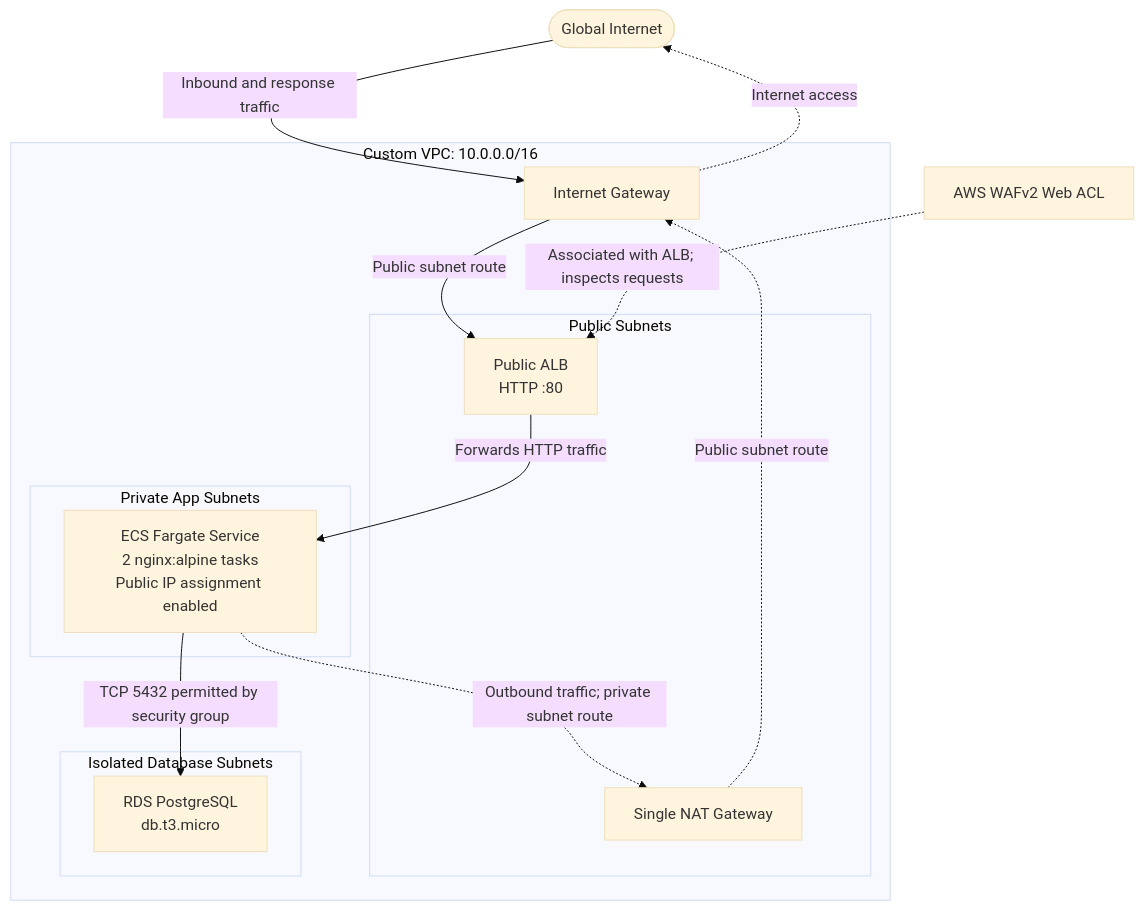
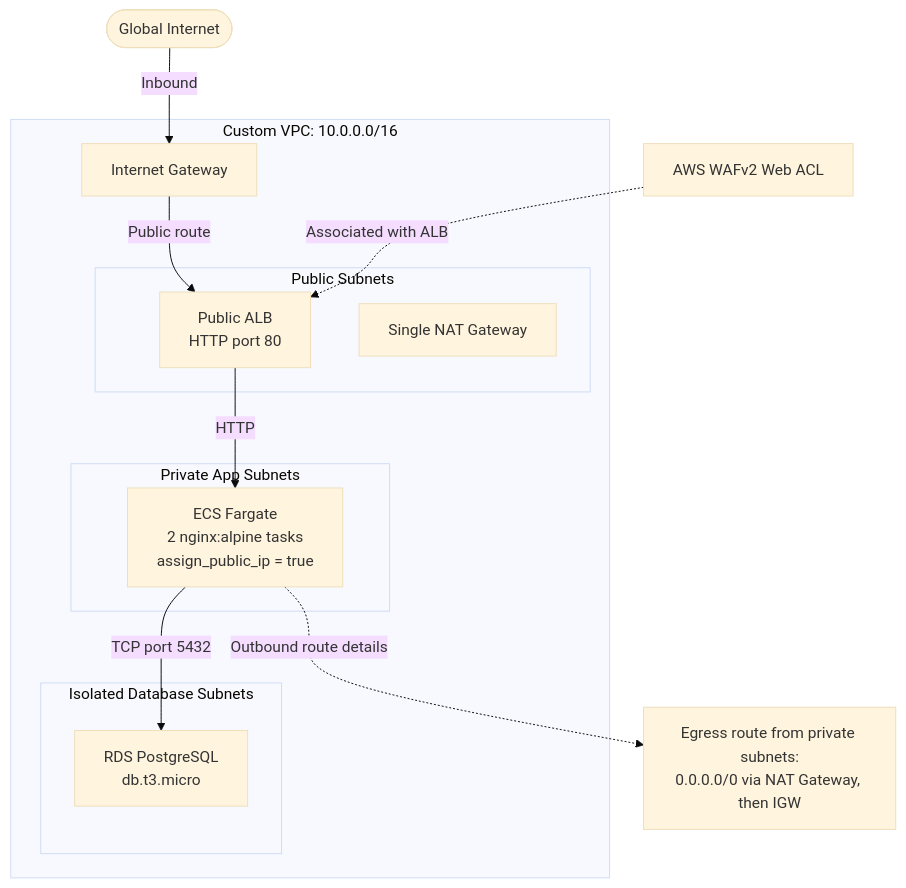
Before and after one commit to charishmanm24/AWS-Project: the diagram in README.md, drawn with Mermaid (base theme). The commit also changed other lines of this file, not shown here.

Commit message:
Revise architecture diagram and ECS task descriptions
Updated architecture diagram and clarified ECS task configuration details.

````diff
--- a/README.md
+++ b/README.md
@@ -21,32 +21,30 @@
 ```mermaid
-flowchart TD
+flowchart TB
     Internet([Global Internet])
-    WAF["AWS WAFv2 Web ACL"]
 
     subgraph VPC["Custom VPC: 10.0.0.0/16"]
         IGW["Internet Gateway"]
 
         subgraph Public["Public Subnets"]
-            ALB["Public ALB<br/>HTTP :80"]
+            ALB["Public ALB<br/>HTTP port 80"]
             NAT["Single NAT Gateway"]
         end
 
         subgraph Private["Private App Subnets"]
-            ECS["ECS Fargate Service<br/>2 nginx:alpine tasks<br/>Public IP assignment enabled"]
+            ECS["ECS Fargate<br/>2 nginx:alpine tasks<br/>assign_public_ip = true"]
         end
 
         subgraph Data["Isolated Database Subnets"]
             DB["RDS PostgreSQL<br/>db.t3.micro"]
         end
     end
 
-    Internet -->|Inbound and response traffic| IGW
-    IGW -->|Public subnet route| ALB
-    WAF -.->|Associated with ALB; inspects requests| ALB
-    ALB -->|Forwards HTTP traffic| ECS
-    ECS -->|TCP 5432 permitted by security group| DB
+    Egress["Egress route from private subnets:<br/>0.0.0.0/0 via NAT Gateway, then IGW"]
 
-    ECS -.->|Outbound traffic; private subnet route| NAT
-    NAT -.->|Public subnet route| IGW
-    IGW -.->|Internet access| Internet
+    Internet -->|Inbound| IGW
+    IGW -->|Public route| ALB
+    WAF["AWS WAFv2 Web ACL"] -.->|Associated with ALB| ALB
+    ALB -->|HTTP| ECS
+    ECS -->|TCP port 5432| DB
+    ECS -.->|Outbound route details| Egress
 ```
````
